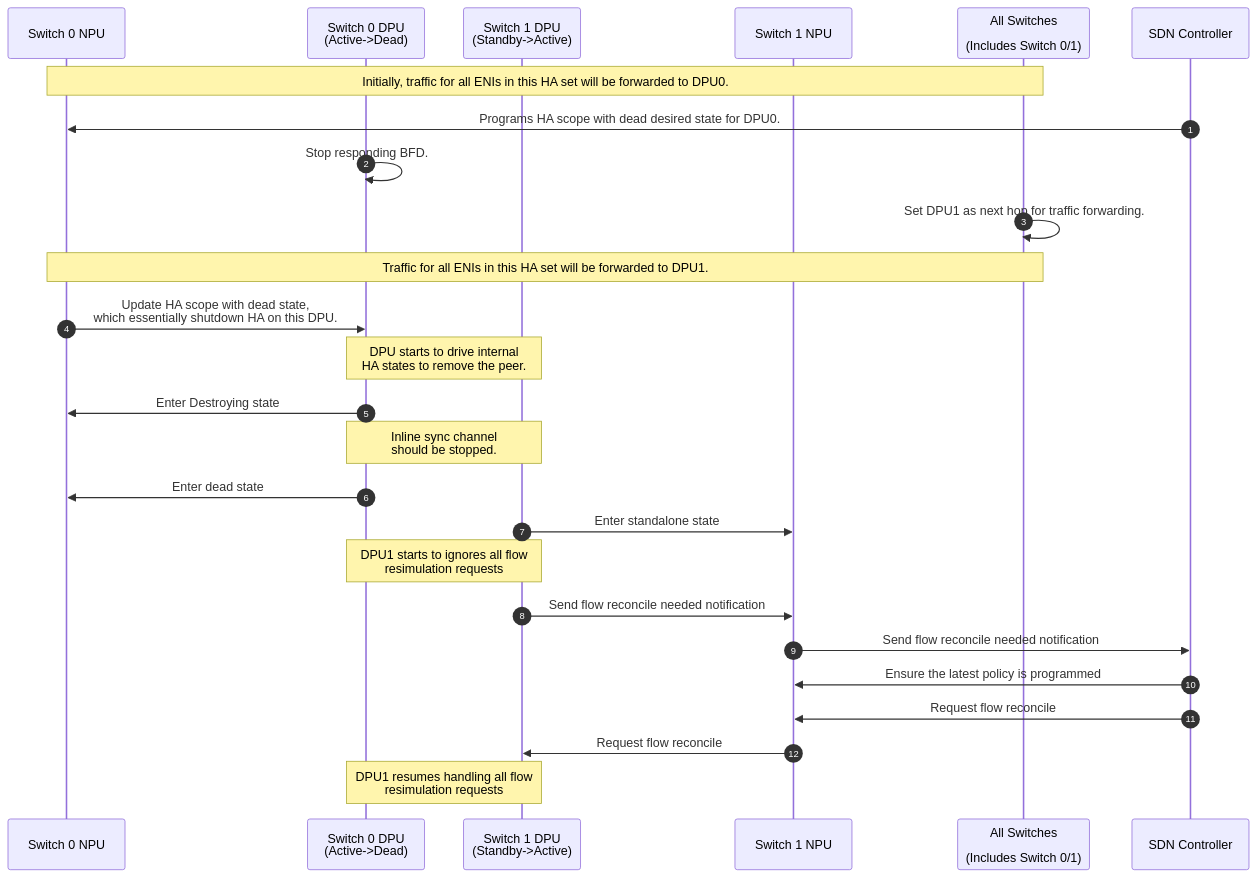
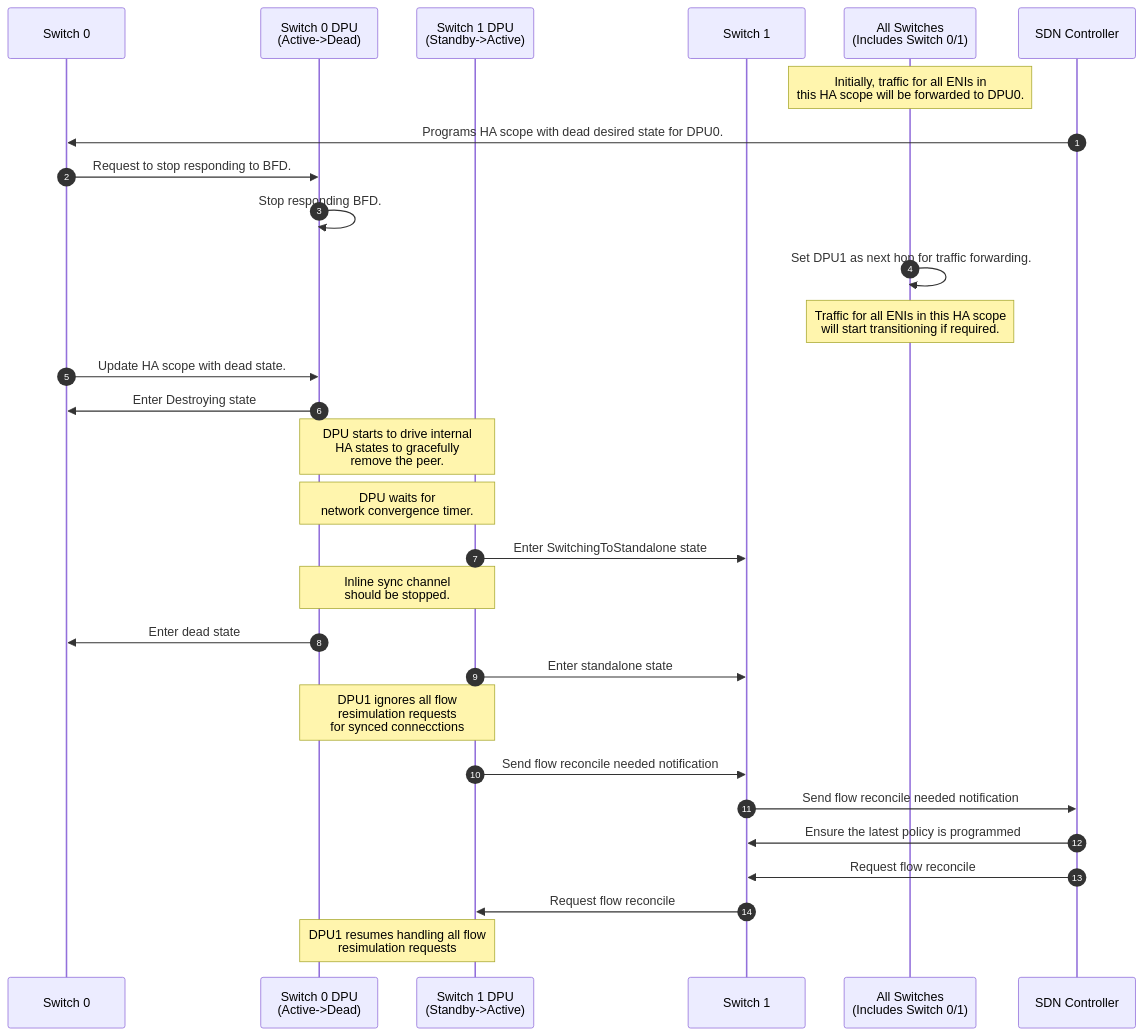
The second of 3 diagrams in doc/smart-switch/high-availability/smart-switch-ha-dpu-scope-dpu-driven-setup.md (sonic-net/SONiC), drawn with Mermaid before and after one commit. The commit also changed other lines of this file, not shown here.

Commit message:
Fix DPU scope HA ladder diagrams

````diff
--- a/doc/smart-switch/high-availability/smart-switch-ha-dpu-scope-dpu-driven-setup.md
+++ b/doc/smart-switch/high-availability/smart-switch-ha-dpu-scope-dpu-driven-setup.md
@@ -303,36 +281,39 @@
 ```mermaid
 sequenceDiagram
    autonumber
 
-   participant S0N as Switch 0 NPU
+   participant S0 as Switch 0
    participant S0D as Switch 0 DPU<br>(Active->Dead)
    participant S1D as Switch 1 DPU<br>(Standby->Active)
-   participant S1N as Switch 1 NPU
-   participant SA as All Switches<br><br>(Includes Switch 0/1)
+   participant S1 as Switch 1
+   participant SA as All Switches<br>(Includes Switch 0/1)
    participant SDN as SDN Controller
 
-   Note over S0N,SA: Initially, traffic for all ENIs in this HA set will be forwarded to DPU0.
+   Note over SA: Initially, traffic for all ENIs in<br>this HA scope will be forwarded to DPU0.
 
-   SDN->>S0N: Programs HA scope with dead desired state for DPU0.
+   SDN->>S0: Programs HA scope with dead desired state for DPU0.
+   S0->>S0D: Request to stop responding to BFD.
 
    S0D->>S0D: Stop responding BFD.
    SA->>SA: Set DPU1 as next hop for traffic forwarding.
-   Note over S0N,SA: Traffic for all ENIs in this HA set will be forwarded to DPU1.
+   Note over SA: Traffic for all ENIs in this HA scope<br>will start transitioning if required.
 
-   S0N->>S0D: Update HA scope with dead state,<br>which essentially shutdown HA on this DPU.
+   S0->>S0D: Update HA scope with dead state.
+   S0D->>S0: Enter Destroying state
+   Note over S0D,S1D: DPU starts to drive internal<br>HA states to gracefully<br>remove the peer.
+   Note over S0D,S1D: DPU waits for<br>network convergence timer.
 
-   Note over S0D,S1D: DPU starts to drive internal<br>HA states to remove the peer.
-   S0D->>S0N: Enter Destroying state
+   S1D->>S1: Enter SwitchingToStandalone state
    Note over S0D,S1D: Inline sync channel<br>should be stopped.
 
-   S0D->>S0N: Enter dead state
-   S1D->>S1N: Enter standalone state
-   Note over S0D,S1D: DPU1 starts to ignores all flow<br>resimulation requests
+   S0D->>S0: Enter dead state
+   S1D->>S1: Enter standalone state
+   Note over S0D,S1D: DPU1 ignores all flow<br>resimulation requests<br>for synced connecctions
 
-   S1D->>S1N: Send flow reconcile needed notification
-   S1N->>SDN: Send flow reconcile needed notification
-   SDN->>S1N: Ensure the latest policy is programmed
-   SDN->>S1N: Request flow reconcile
-   S1N->>S1D: Request flow reconcile
+   S1D->>S1: Send flow reconcile needed notification
+   S1->>SDN: Send flow reconcile needed notification
+   SDN->>S1: Ensure the latest policy is programmed
+   SDN->>S1: Request flow reconcile
+   S1->>S1D: Request flow reconcile
    Note over S0D,S1D: DPU1 resumes handling all flow<br>resimulation requests
 ```
````
